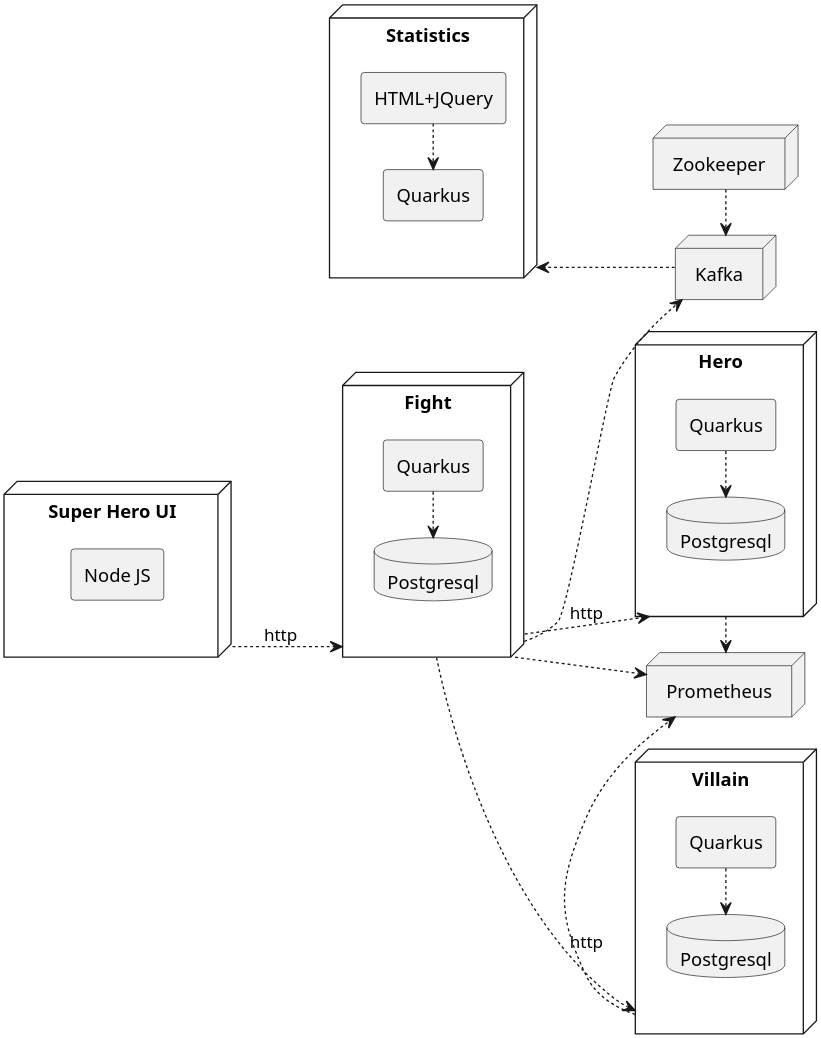
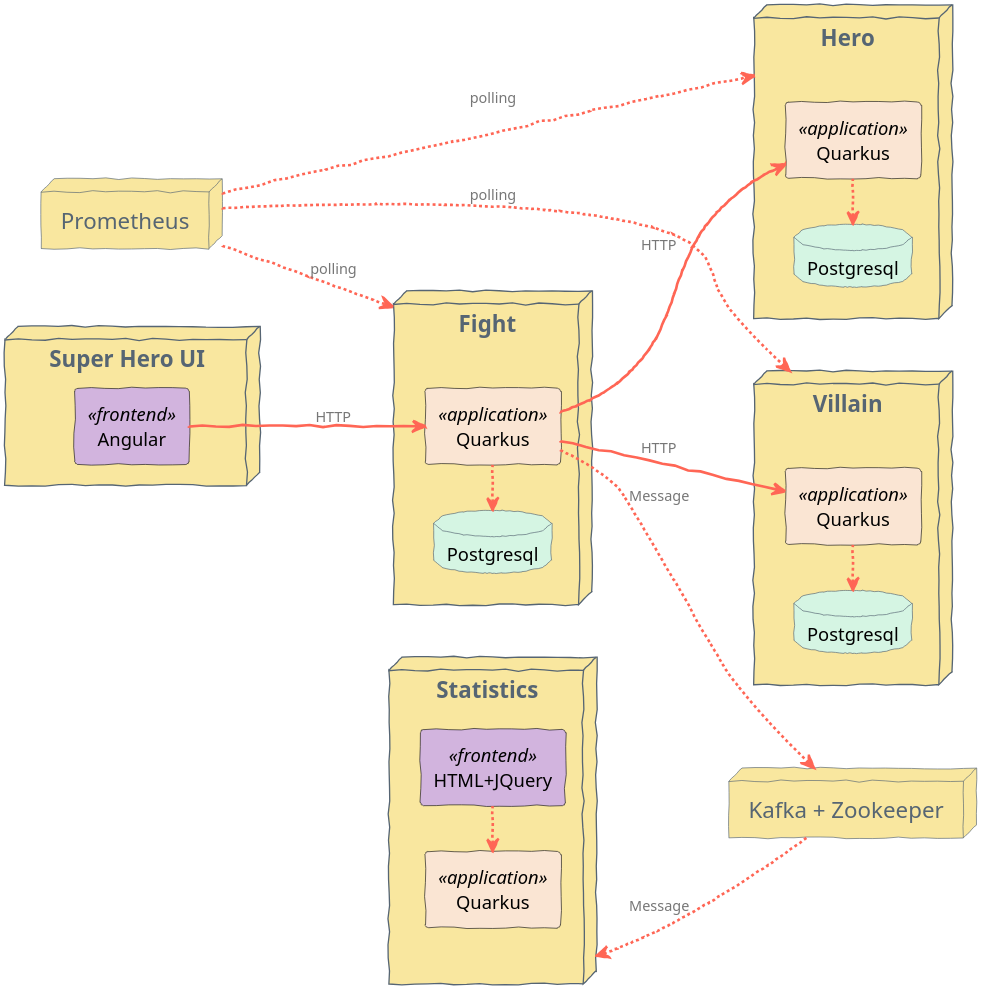
The diagram in quarkus-workshop-super-heroes/docs/src/main/plantuml/introduction-physical-architecture.puml (quarkusio/quarkus-workshops), drawn with PlantUML before and after one commit. The commit also changed other lines of this file and 3 other files, not shown here.

```diff
--- a/quarkus-workshop-super-heroes/docs/src/main/plantuml/introduction-physical-architecture.puml
+++ b/quarkus-workshop-super-heroes/docs/src/main/plantuml/introduction-physical-architecture.puml
@@ -1,54 +1,82 @@
 @startuml
 skinparam dpi 300
+skinparam useBetaStyle true
+skinparam handwritten true
 allow_mixing
+
+skinparam node {
+	ArrowColor aqua
+
+	borderColor #566573
+	backgroundColor #F9E79F
+	fontName Calibri
+	fontSize 17
+	fontColor #566573
+}
+
+skinparam database {
+	borderColor #566573
+	backgroundColor #D5F5E3
+}
+
+skinparam agent {
+    backgroundColor<<frontend>> #D2B4DE
+    backgroundColor<<application>> #FAE5D3
+}
+
+skinparam arrow {
+  fontName Calibri
+  color #FF6655
+  fontColor #777777
+  thickness 2
+  fontSize 11
+}
 
 left to right direction
 
-node "Prometheus" as prometheus {
-}
-
 node "Super Hero UI" as ui {
-    agent "Node JS" as uiNodejs
+    agent "Angular" <<frontend>> as uiNodejs
 }
 
 node "Hero" as hero {
-    agent "Quarkus" as heroQuarkus
+    agent "Quarkus" <<application>> as heroQuarkus
     database "Postgresql" as heroPostgresql
     heroQuarkus .up> heroPostgresql
 }
 
 node "Villain" as villain {
-    agent "Quarkus" as villainQuarkus
+    agent "Quarkus" <<application>>  as villainQuarkus
     database "Postgresql" as villainPostgresql
     villainQuarkus .up> villainPostgresql
 }
 
 node "Fight" as fight {
-    agent "Quarkus" as fightQuarkus
+    agent "Quarkus" <<application>> as fightQuarkus
     database "Postgresql" as fightPostgresql
     fightQuarkus .up> fightPostgresql
 }
 
 node "Statistics" as stat {
-    agent "HTML+JQuery" as statUI
-    agent "Quarkus" as statQuarkus
+    agent "HTML+JQuery" <<frontend>> as statUI
+    agent "Quarkus" <<application>> as statQuarkus
     statUI .up> statQuarkus
 }
 
-node "Kafka" as kafka {
+node "Kafka + Zookeeper" as kafka {
 }
 
-node "Zookeeper" as zookeeper {
+node "Prometheus" as prometheus {
 }
 
-stat <.. kafka
-ui ..> fight : http
-fight ..> kafka
-zookeeper .> kafka
-fight ..> hero : http
-fight ..> villain : http
 
-fight .down.> prometheus
-hero .> prometheus
-villain .> prometheus
+stat <.. kafka : Message
+
+fightQuarkus ..> kafka : Message
+uiNodejs --> fightQuarkus : HTTP
+fightQuarkus --> heroQuarkus : HTTP
+fightQuarkus --> villainQuarkus : HTTP
+
+prometheus .down.> fight : polling
+prometheus  .> hero : polling
+prometheus .> villain : polling
 @enduml
```
